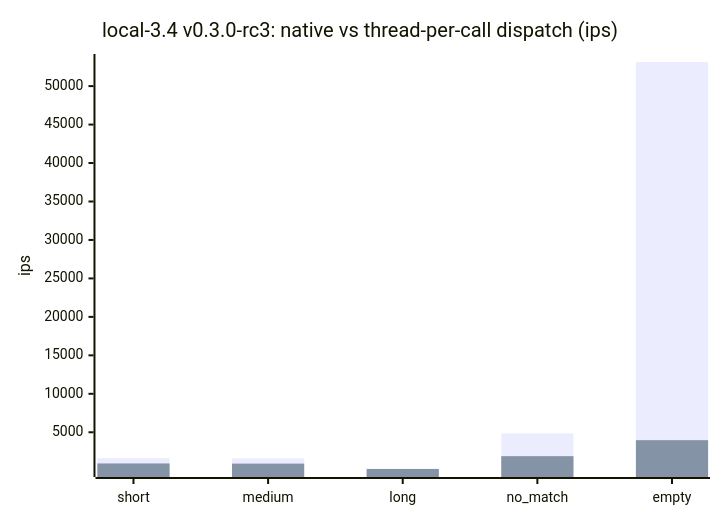
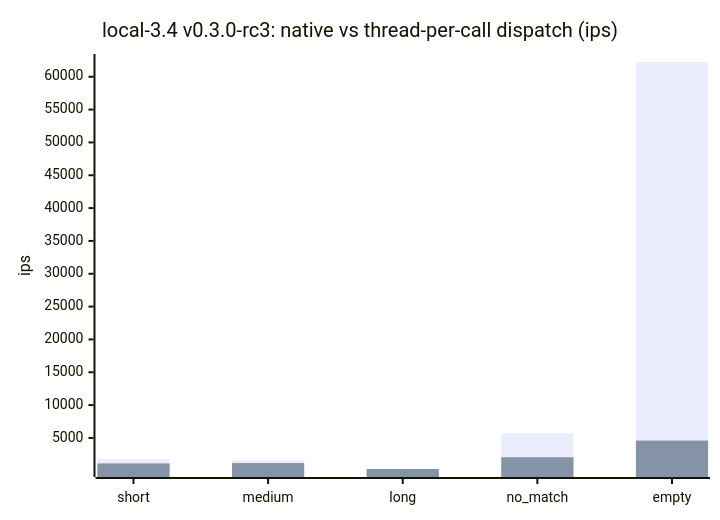
Before and after one commit to cpb/duckling: the fourth of 7 diagrams in docs/benchmarks/README.md, drawn with Mermaid. The commit also changed other lines of this file and 4 other files, not shown here.

````diff
--- a/docs/benchmarks/README.md
+++ b/docs/benchmarks/README.md
@@ -165,8 +165,8 @@
 ```mermaid
 xychart-beta
     title "local-3.4 v0.3.0-rc3: native vs thread-per-call dispatch (ips)"
     x-axis [short, medium, long, no_match, empty]
     y-axis "ips"
-    bar "native" [1628.0, 1606.0, 281.1, 4851.2, 53133.8]
-    bar "thread-per-call" [946.5, 927.0, 225.1, 1890.6, 3972.7]
+    bar "native" [1805.7, 1584.0, 285.3, 5696.3, 62247.3]
+    bar "thread-per-call" [1116.0, 1168.6, 267.9, 2056.4, 4592.3]
 ```
````
